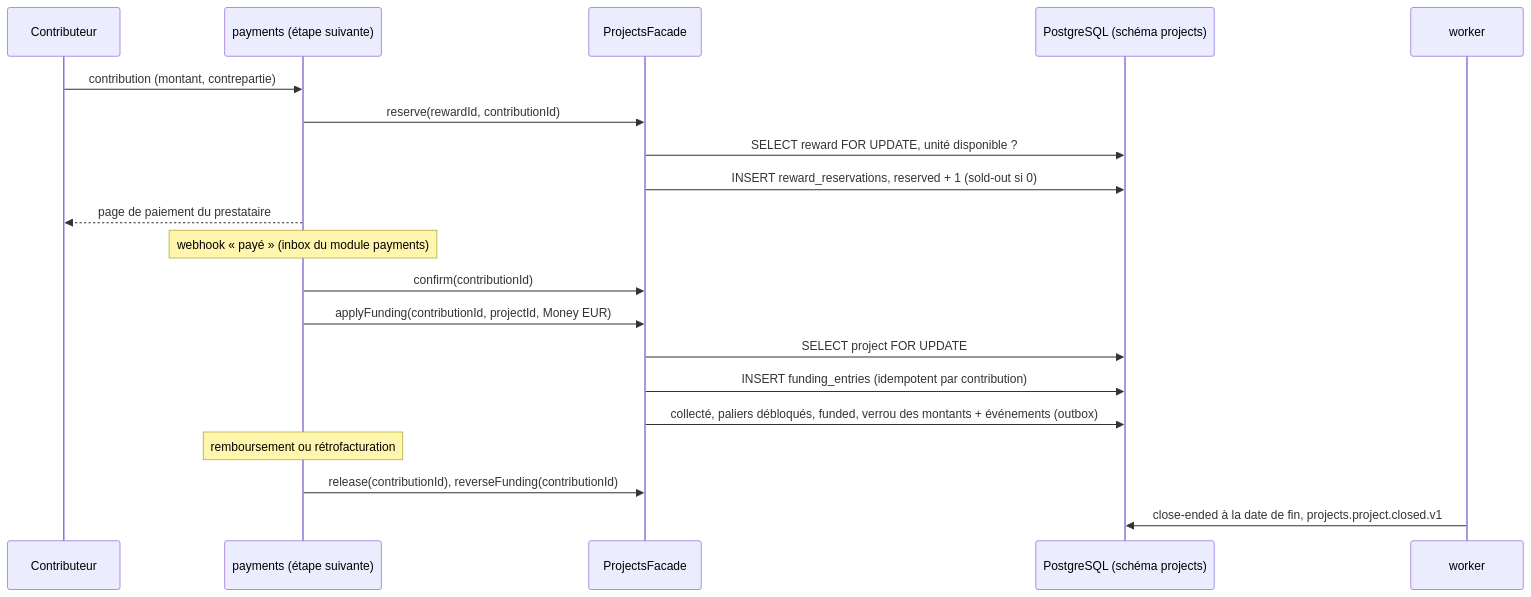
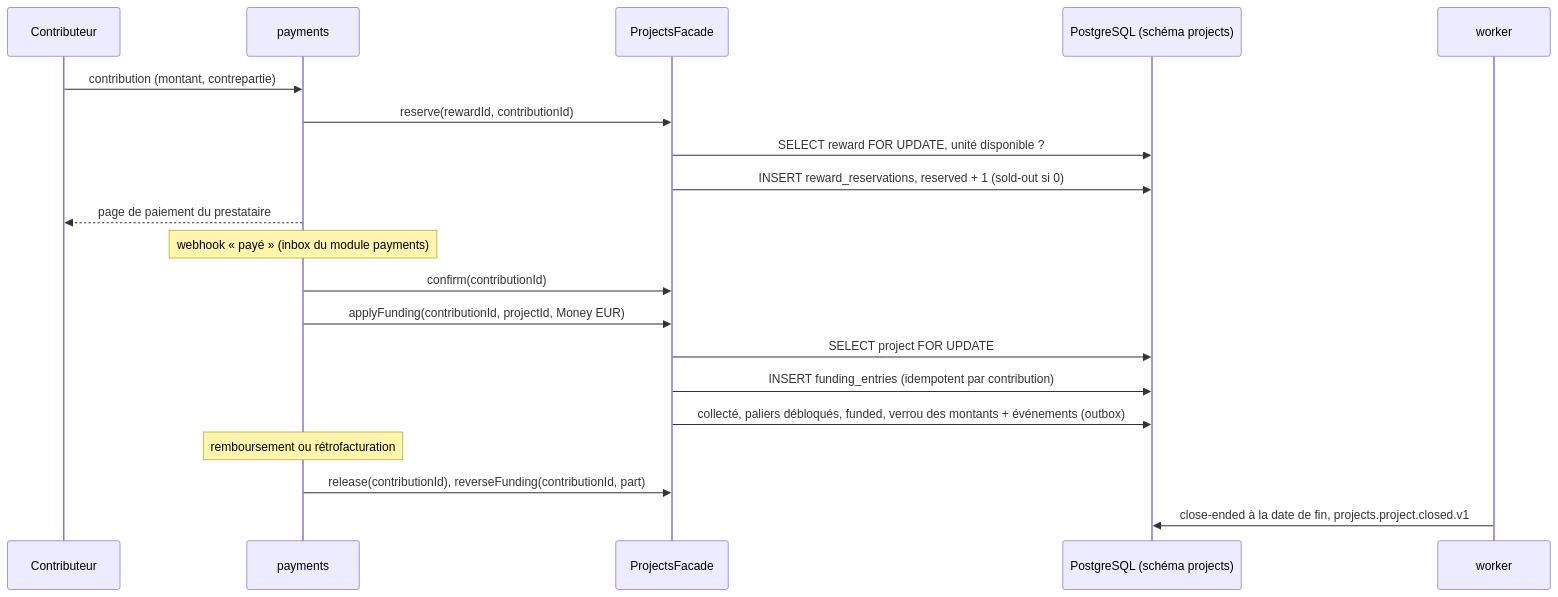
The second of 2 diagrams in docs/architecture/projects-and-funding.md (OpenWork-NCE/pitchorium), drawn with Mermaid before and after one commit. The commit also changed other lines of this file and 69 other files, not shown here.

````diff
--- a/docs/architecture/projects-and-funding.md
+++ b/docs/architecture/projects-and-funding.md
@@ -27,22 +27,22 @@
 ```mermaid
 sequenceDiagram
   participant C as Contributeur
-  participant P as payments (étape suivante)
+  participant P as payments
   participant F as ProjectsFacade
   participant DB as PostgreSQL (schéma projects)
   participant W as worker
   C->>P: contribution (montant, contrepartie)
   P->>F: reserve(rewardId, contributionId)
   F->>DB: SELECT reward FOR UPDATE, unité disponible ?
   F->>DB: INSERT reward_reservations, reserved + 1 (sold-out si 0)
   P-->>C: page de paiement du prestataire
   Note over P: webhook « payé » (inbox du module payments)
   P->>F: confirm(contributionId)
   P->>F: applyFunding(contributionId, projectId, Money EUR)
   F->>DB: SELECT project FOR UPDATE
   F->>DB: INSERT funding_entries (idempotent par contribution)
   F->>DB: collecté, paliers débloqués, funded, verrou des montants + événements (outbox)
   Note over P: remboursement ou rétrofacturation
-  P->>F: release(contributionId), reverseFunding(contributionId)
+  P->>F: release(contributionId), reverseFunding(contributionId, part)
   W->>DB: close-ended à la date de fin, projects.project.closed.v1
 ```
````
